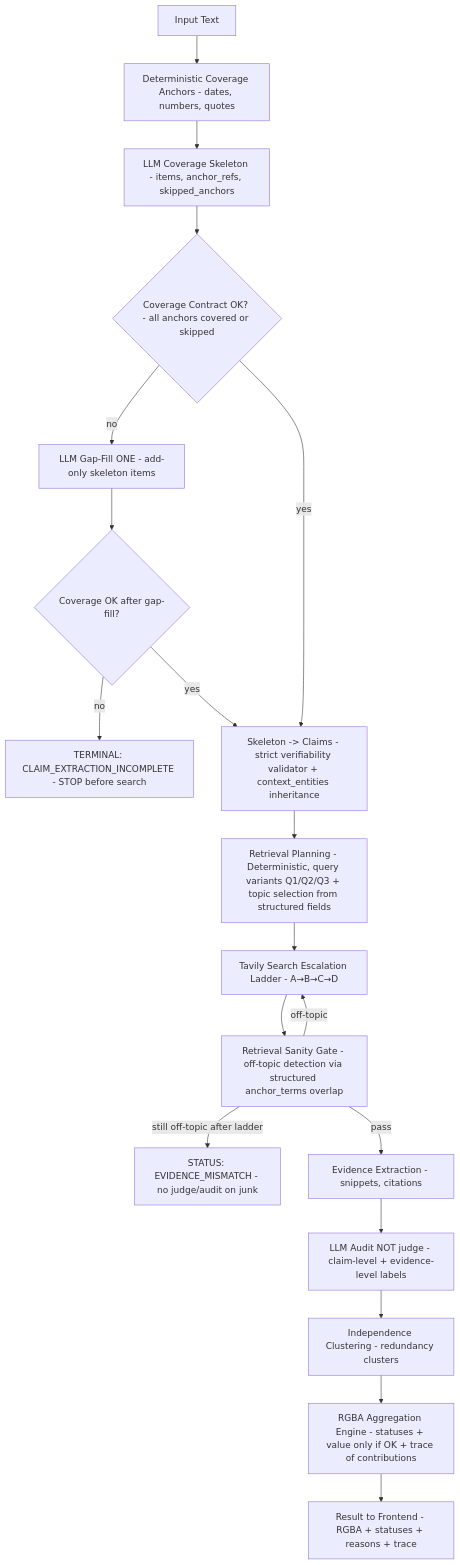
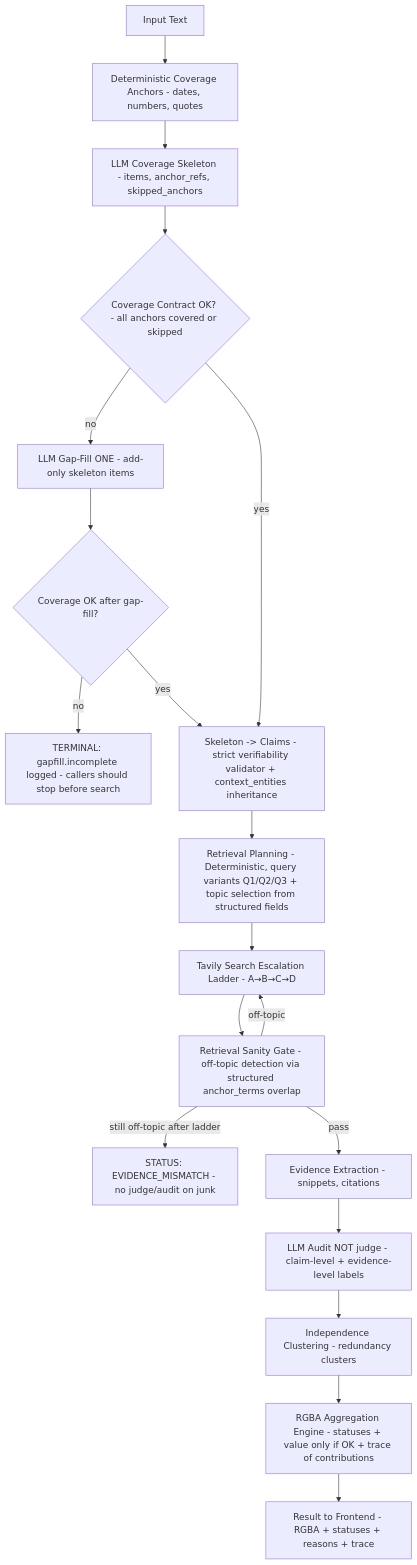
The diagram in docs/CONSTITUTION.MD (wivanw/spectrue-engine), drawn with Mermaid before and after one commit. The commit also changed other lines of this file and 12 other files, not shown here.

````diff
--- a/docs/CONSTITUTION.MD
+++ b/docs/CONSTITUTION.MD
@@ -11,23 +11,23 @@
 ```mermaid
 flowchart TD
   A[Input Text] --> B[Deterministic Coverage Anchors - dates, numbers, quotes]
   B --> C[LLM Coverage Skeleton - items, anchor_refs, skipped_anchors]
   C --> D{Coverage Contract OK? - all anchors covered or skipped}
   D -- no --> E[LLM Gap-Fill ONE - add-only skeleton items]
   E --> F{Coverage OK after gap-fill?}
-  F -- no --> X[TERMINAL: CLAIM_EXTRACTION_INCOMPLETE - STOP before search]
+  F -- no --> X[TERMINAL: gapfill.incomplete logged - callers should stop before search]
   F -- yes --> G[Skeleton -> Claims - strict verifiability validator + context_entities inheritance]
   D -- yes --> G
 
   G --> H[Retrieval Planning - Deterministic, query variants Q1/Q2/Q3 + topic selection from structured fields]
   H --> I[Tavily Search Escalation Ladder - A→B→C→D]
   I --> J[Retrieval Sanity Gate - off-topic detection via structured anchor_terms overlap]
   J -- off-topic --> I
   J -- still off-topic after ladder --> Y[STATUS: EVIDENCE_MISMATCH - no judge/audit on junk]
 
   J -- pass --> K[Evidence Extraction - snippets, citations]
   K --> L[LLM Audit NOT judge - claim-level + evidence-level labels]
   L --> M[Independence Clustering - redundancy clusters]
   M --> N[RGBA Aggregation Engine - statuses + value only if OK + trace of contributions]
   N --> O[Result to Frontend - RGBA + statuses + reasons + trace]
 ```
````
